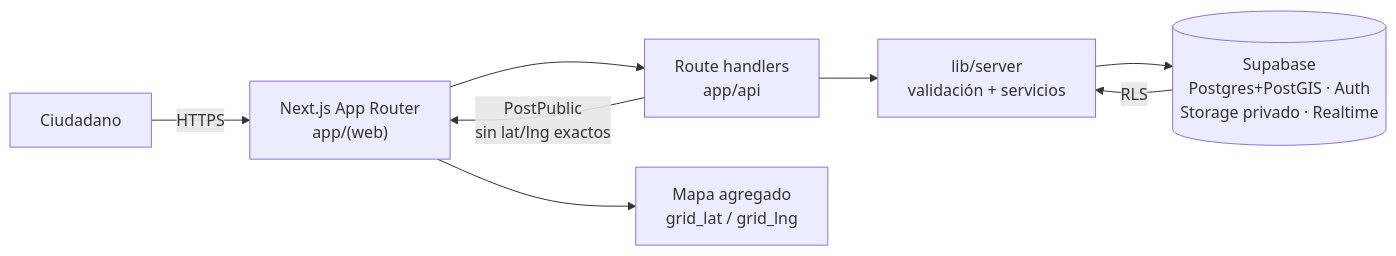
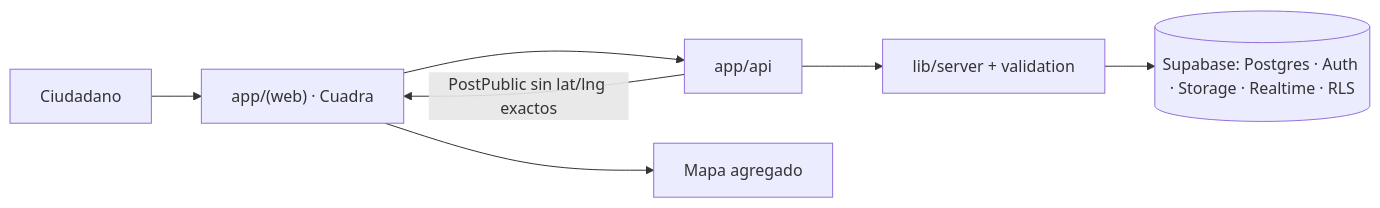
The diagram in README.md (Angelitotech23/Red-Bibosi), drawn with Mermaid before and after one commit. The commit also changed other lines of this file, not shown here.

First line of the commit message:
docs(readme): idea de RED Bibosi/Cuadra para validar punto a punto

````diff
--- a/README.md
+++ b/README.md
@@ -44,10 +79,9 @@
 ```mermaid
 flowchart LR
-  Ciudadano -->|HTTPS| Web["Next.js App Router\napp/(web)"]
-  Web --> API["Route handlers\napp/api"]
-  API --> Lib["lib/server\nvalidación + servicios"]
-  Lib --> SB[(Supabase\nPostgres+PostGIS · Auth\nStorage privado · Realtime)]
-  SB -->|RLS| Lib
-  API -->|PostPublic\nsin lat/lng exactos| Web
-  Web --> Mapa["Mapa agregado\ngrid_lat / grid_lng"]
+  Ciudadano --> Web["app/(web) · Cuadra"]
+  Web --> API["app/api"]
+  API --> Server["lib/server + validation"]
+  Server --> SB[(Supabase: Postgres · Auth · Storage · Realtime · RLS)]
+  API -->|"PostPublic sin lat/lng exactos"| Web
+  Web --> Mapa["Mapa agregado"]
 ```
````
